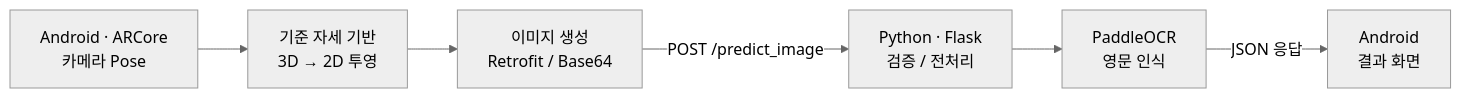
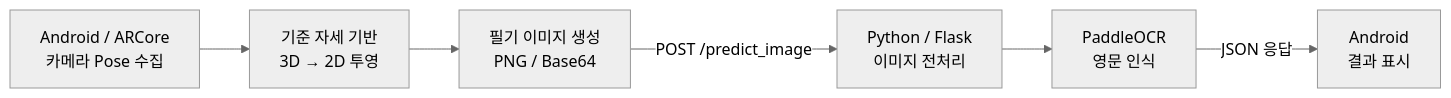
One commit to scr08212/air-drawing changed the diagram in README.md. Above: the diagram before and after it, drawn with Mermaid (neutral theme). The commit also changed other lines of this file and 3 other files, not shown here.

````diff
--- a/README.md
+++ b/README.md
@@ -55,8 +69,8 @@
 ```mermaid
 flowchart LR
-    A["Android · ARCore<br/>카메라 Pose"] --> B["기준 자세 기반<br/>3D → 2D 투영"]
-    B --> C["이미지 생성<br/>Retrofit / Base64"]
-    C -->|"POST /predict_image"| D["Python · Flask<br/>검증 / 전처리"]
+    A["Android / ARCore<br/>카메라 Pose 수집"] --> B["기준 자세 기반<br/>3D → 2D 투영"]
+    B --> C["필기 이미지 생성<br/>PNG / Base64"]
+    C -->|"POST /predict_image"| D["Python / Flask<br/>이미지 전처리"]
     D --> E["PaddleOCR<br/>영문 인식"]
-    E -->|"JSON 응답"| F["Android<br/>결과 화면"]
+    E -->|"JSON 응답"| F["Android<br/>결과 표시"]
 ```
````
